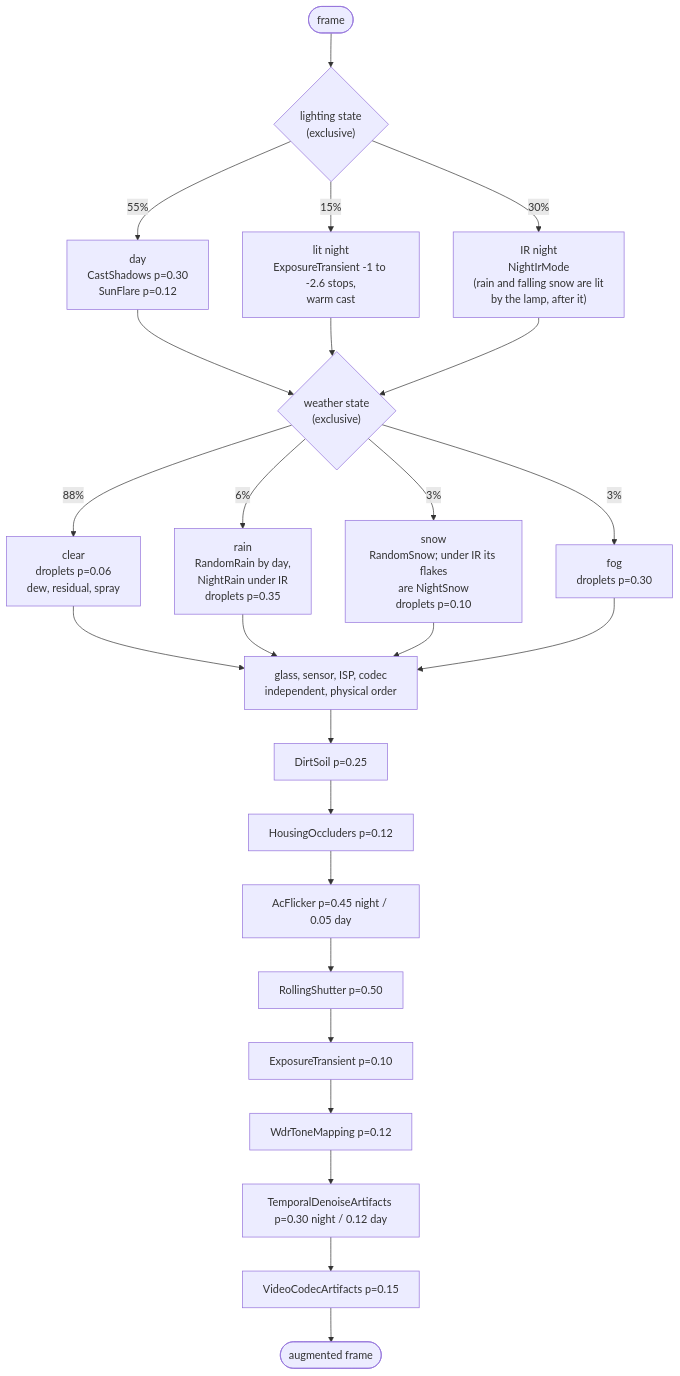
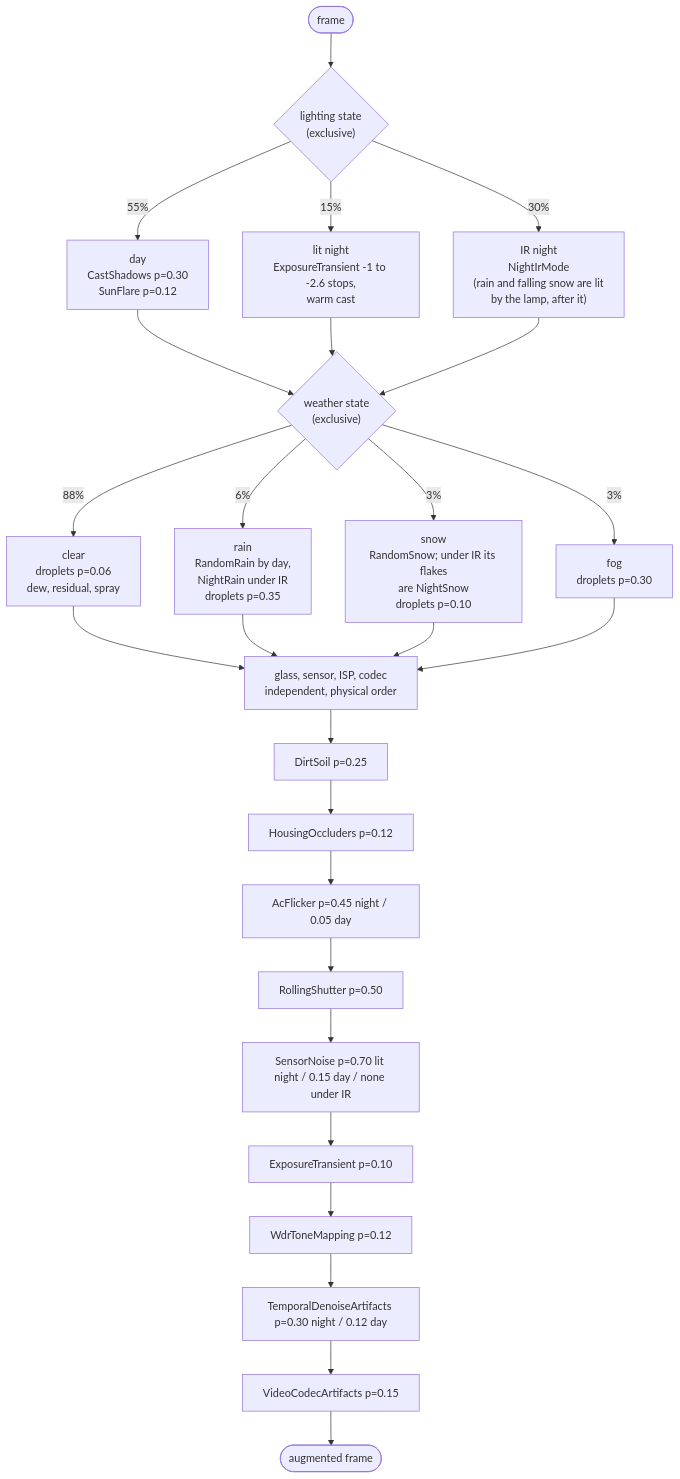
The diagram in docs/pipelines.md (desmoteo/surmentations), drawn with Mermaid before and after one commit. The commit also changed other lines of this file and 3 other files, not shown here.

First line of the commit message:
Document the scene inference, overcast light and SensorNoise

````diff
--- a/docs/pipelines.md
+++ b/docs/pipelines.md
@@ -107,27 +107,28 @@
 ```mermaid
 flowchart TD
     START([frame]) --> LIGHT{"lighting state<br/>(exclusive)"}
     LIGHT -->|55%| DAY["day<br/>CastShadows p=0.30<br/>SunFlare p=0.12"]
     LIGHT -->|15%| LIT["lit night<br/>ExposureTransient -1 to -2.6 stops,<br/>warm cast"]
     LIGHT -->|30%| IR["IR night<br/>NightIrMode<br/>(rain and falling snow are lit<br/>by the lamp, after it)"]
     DAY --> W{"weather state<br/>(exclusive)"}
     LIT --> W
     IR --> W
     W -->|88%| CLEAR["clear<br/>droplets p=0.06<br/>dew, residual, spray"]
     W -->|6%| RAIN["rain<br/>RandomRain by day,<br/>NightRain under IR<br/>droplets p=0.35"]
     W -->|3%| SNOW["snow<br/>RandomSnow; under IR its flakes<br/>are NightSnow<br/>droplets p=0.10"]
     W -->|3%| FOG["fog<br/>droplets p=0.30"]
     CLEAR --> TAIL
     RAIN --> TAIL
     SNOW --> TAIL
     FOG --> TAIL
     TAIL["glass, sensor, ISP, codec<br/>independent, physical order"] --> T1["DirtSoil p=0.25"]
     T1 --> T2["HousingOccluders p=0.12"]
     T2 --> T3["AcFlicker p=0.45 night / 0.05 day"]
     T3 --> T4["RollingShutter p=0.50"]
-    T4 --> T5["ExposureTransient p=0.10"]
+    T4 --> T4b["SensorNoise p=0.70 lit night / 0.15 day / none under IR"]
+    T4b --> T5["ExposureTransient p=0.10"]
     T5 --> T6["WdrToneMapping p=0.12"]
     T6 --> T7["TemporalDenoiseArtifacts p=0.30 night / 0.12 day"]
     T7 --> T8["VideoCodecArtifacts p=0.15"]
     T8 --> OUT([augmented frame])
 ```
````
